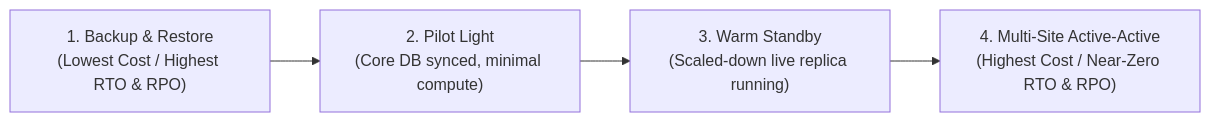
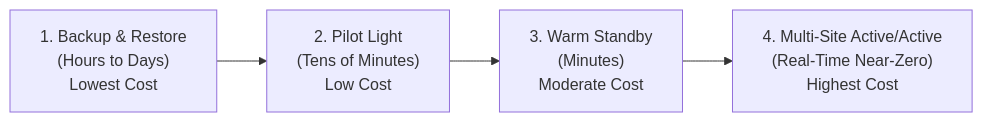
The third of 3 diagrams in Cloud/Practitioner/CLF-C02/06_Explanations/01_Cloud_Concepts/Disaster_Recovery_and_High_Availability.md (fakhruldeen/AWS), drawn with Mermaid before and after one commit. The commit also changed other lines of this file and 18 other files, not shown here.

````diff
--- a/Cloud/Practitioner/CLF-C02/06_Explanations/01_Cloud_Concepts/Disaster_Recovery_and_High_Availability.md
+++ b/Cloud/Practitioner/CLF-C02/06_Explanations/01_Cloud_Concepts/Disaster_Recovery_and_High_Availability.md
@@ -54,6 +101,6 @@
 ```mermaid
 flowchart LR
-    S1["1. Backup & Restore<br/>(Lowest Cost / Highest RTO & RPO)"] --> S2["2. Pilot Light<br/>(Core DB synced, minimal compute)"]
-    S2 --> S3["3. Warm Standby<br/>(Scaled-down live replica running)"]
-    S3 --> S4["4. Multi-Site Active-Active<br/>(Highest Cost / Near-Zero RTO & RPO)"]
+    S1["1. Backup & Restore<br/>(Hours to Days)<br/>Lowest Cost"] --> S2["2. Pilot Light<br/>(Tens of Minutes)<br/>Low Cost"]
+    S2 --> S3["3. Warm Standby<br/>(Minutes)<br/>Moderate Cost"]
+    S3 --> S4["4. Multi-Site Active/Active<br/>(Real-Time Near-Zero)<br/>Highest Cost"]
 ```
````
